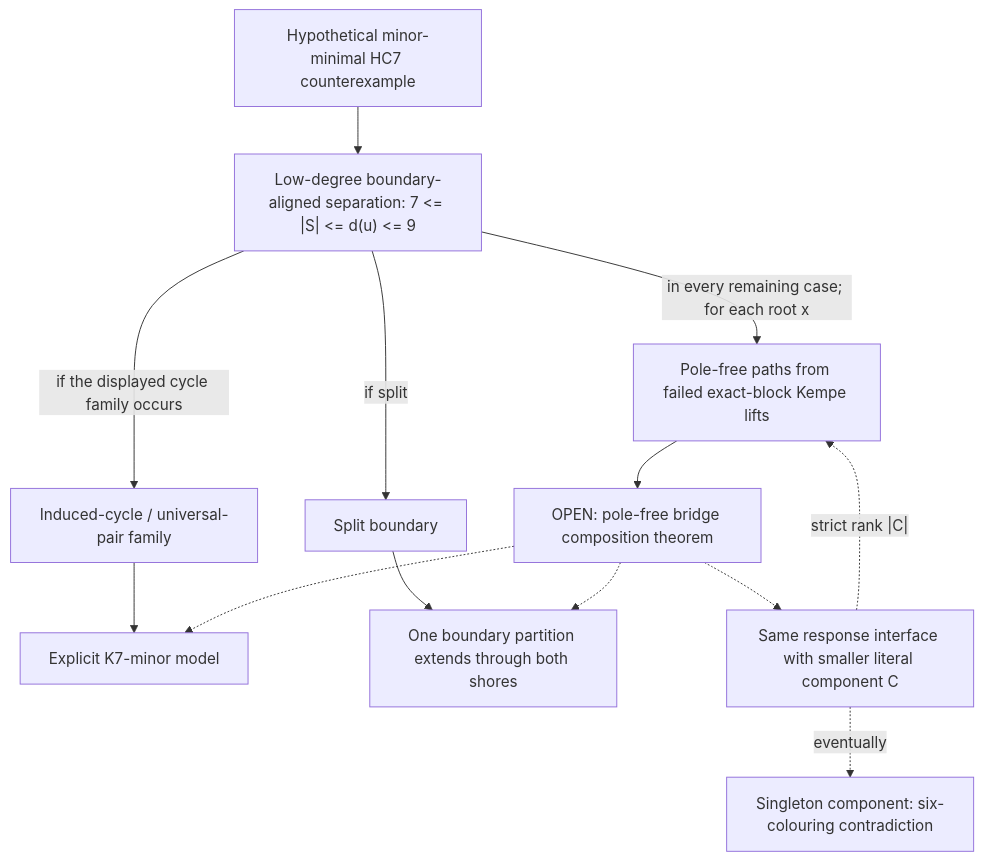
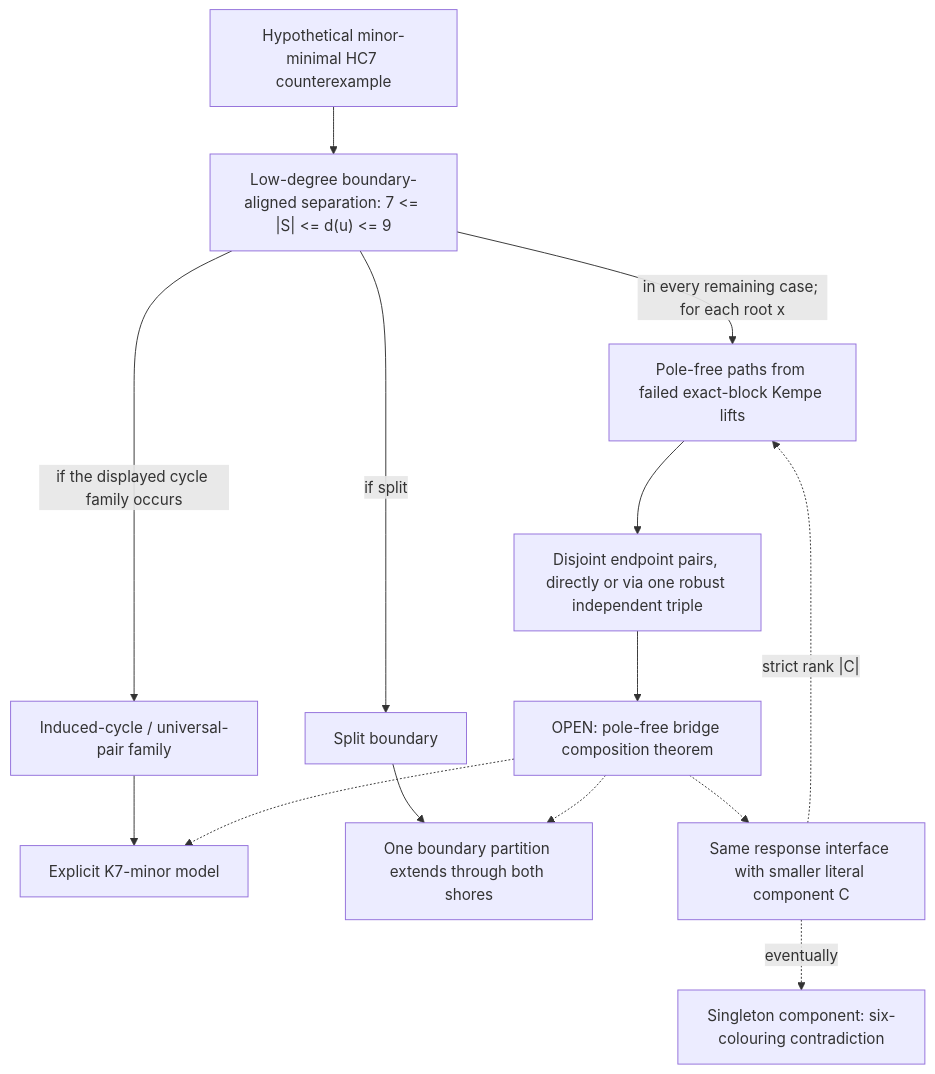
Before and after one commit to cavit99/hadwiger-hc7: the first of 2 diagrams in active/hc7_live_case_dag.md, drawn with Mermaid. The commit also changed other lines of this file and 9 other files, not shown here.

````diff
--- a/active/hc7_live_case_dag.md
+++ b/active/hc7_live_case_dag.md
@@ -42,24 +42,26 @@
 ```mermaid
 flowchart TD
   G0["Hypothetical minor-minimal HC7 counterexample"]
   E["Low-degree boundary-aligned separation: 7 <= |S| <= d(u) <= 9"]
   SP["Split boundary"]
   CY["Induced-cycle / universal-pair family"]
   KP["Pole-free paths from failed exact-block Kempe lifts"]
+  EP["Disjoint endpoint pairs, directly or via one robust independent triple"]
   M["OPEN: pole-free bridge composition theorem"]
   K7["Explicit K7-minor model"]
   CP["One boundary partition extends through both shores"]
   R["Same response interface with smaller literal component C"]
   ONE["Singleton component: six-colouring contradiction"]
 
   G0 --> E
   E -->|"if split"| SP --> CP
   E -->|"if the displayed cycle family occurs"| CY --> K7
   E -->|"in every remaining case; for each root x"| KP
-  KP --> M
+  KP --> EP
+  EP --> M
   M -.-> K7
   M -.-> CP
   M -.-> R
   R -.->|"strict rank |C|"| KP
   R -.->|"eventually"| ONE
 ```
````
